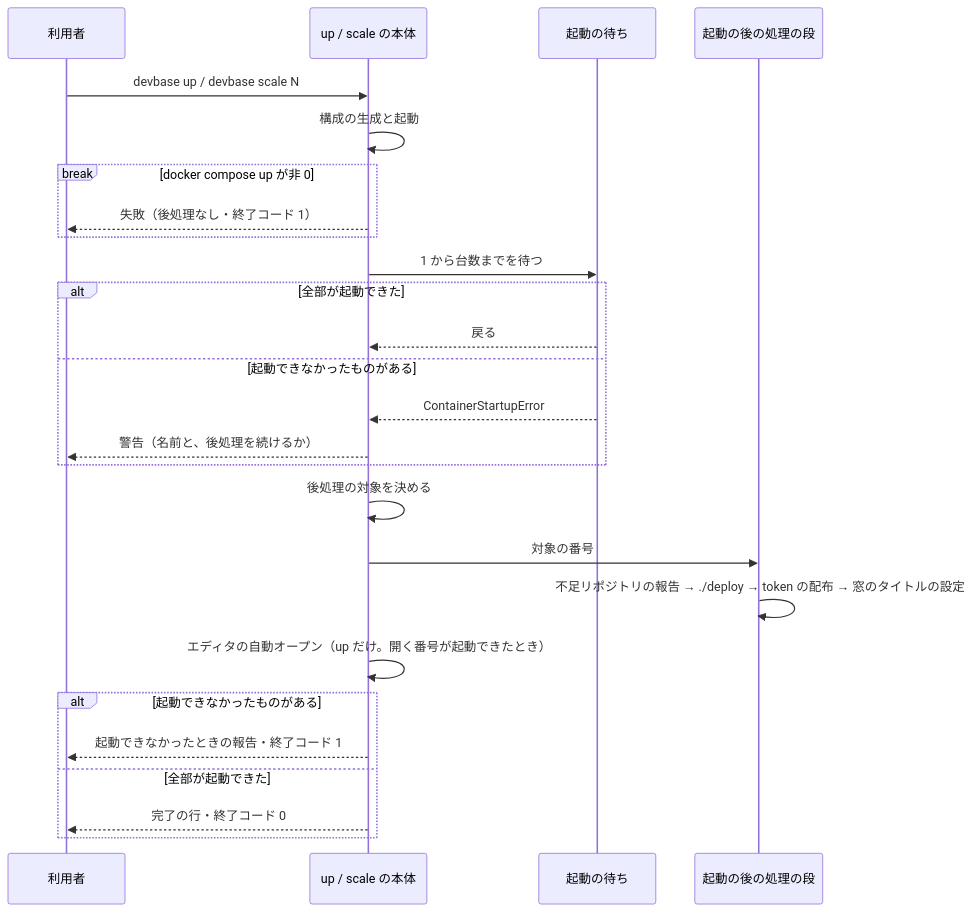
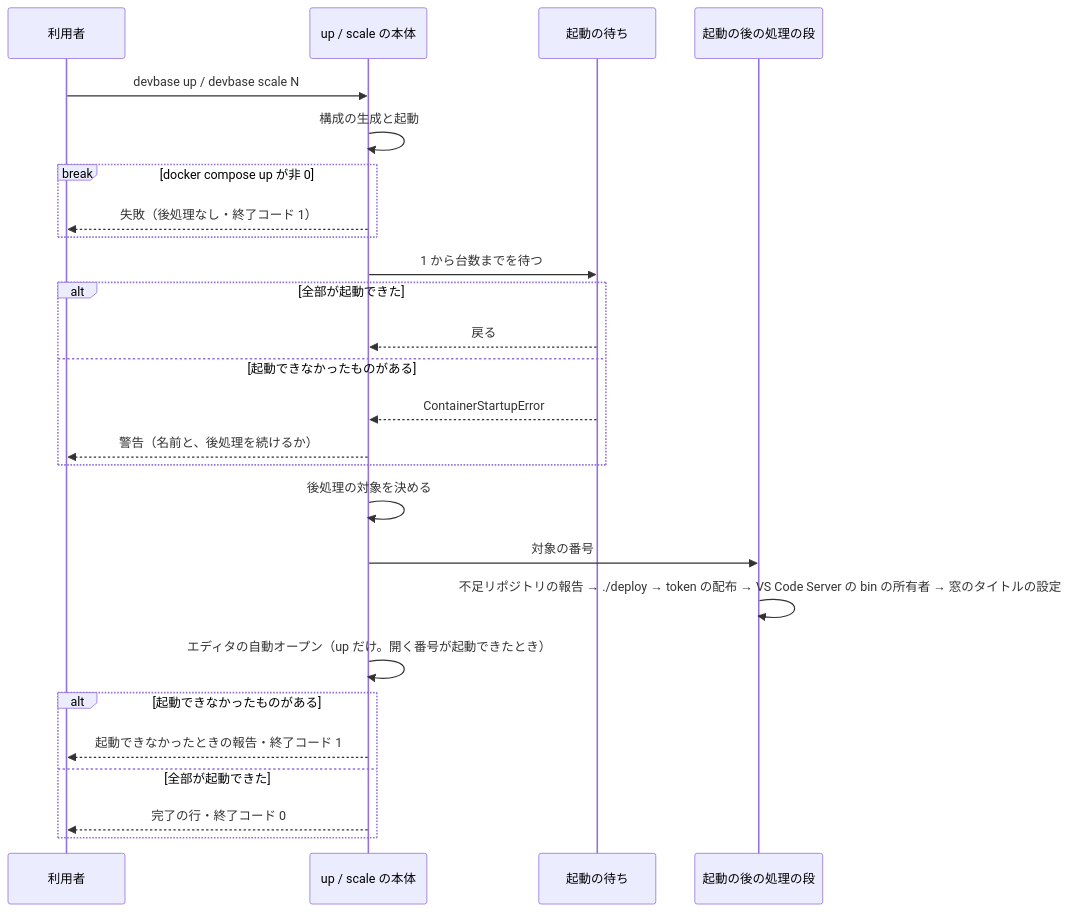
Before and after one commit to devbasex/devbase: the fourth of 4 diagrams in docs/specifications/post-start.md, drawn with Mermaid. The commit also changed other lines of this file and 2 other files, not shown here.

Commit message:
docs(#463): 起動の後の処理の順と VS Code Server の困りごとの節を今の振る舞いに合わせる

````diff
--- a/docs/specifications/post-start.md
+++ b/docs/specifications/post-start.md
@@ -167,28 +168,28 @@
 ```mermaid
 sequenceDiagram
     participant U as 利用者
     participant C as up / scale の本体
     participant W as 起動の待ち
     participant P as 起動の後の処理の段
     U->>C: devbase up / devbase scale N
     C->>C: 構成の生成と起動
     break docker compose up が非 0
         C-->>U: 失敗（後処理なし・終了コード 1）
     end
     C->>W: 1 から台数までを待つ
     alt 全部が起動できた
         W-->>C: 戻る
     else 起動できなかったものがある
         W-->>C: ContainerStartupError
         C-->>U: 警告（名前と、後処理を続けるか）
     end
     C->>C: 後処理の対象を決める
     C->>P: 対象の番号
-    P->>P: 不足リポジトリの報告 → ./deploy → token の配布 → 窓のタイトルの設定
+    P->>P: 不足リポジトリの報告 → ./deploy → token の配布 → VS Code Server の bin の所有者 → 窓のタイトルの設定
     C->>C: エディタの自動オープン（up だけ。開く番号が起動できたとき）
     alt 起動できなかったものがある
         C-->>U: 起動できなかったときの報告・終了コード 1
     else 全部が起動できた
         C-->>U: 完了の行・終了コード 0
     end
 ```
````
